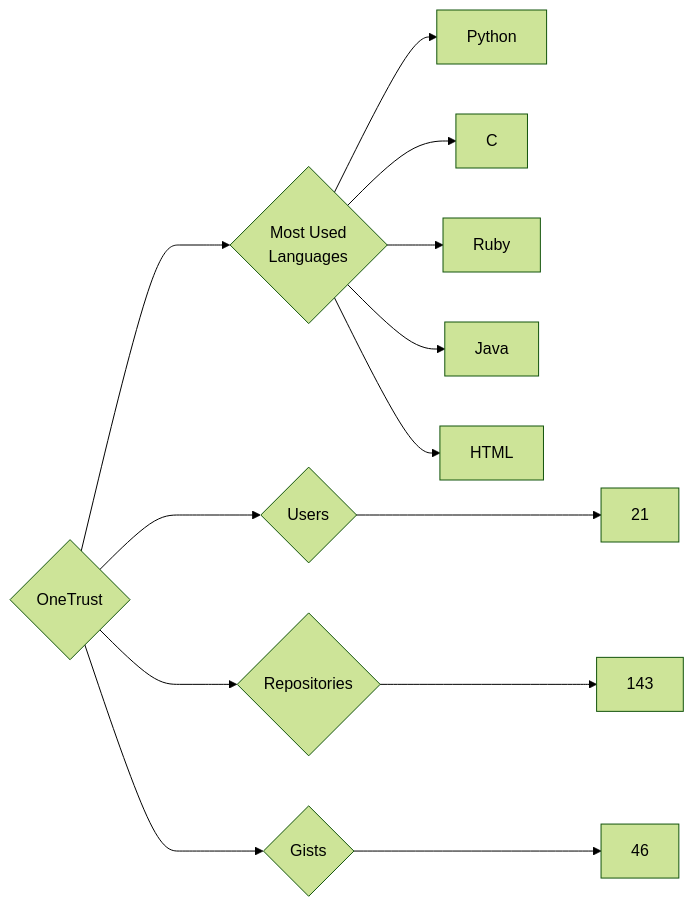
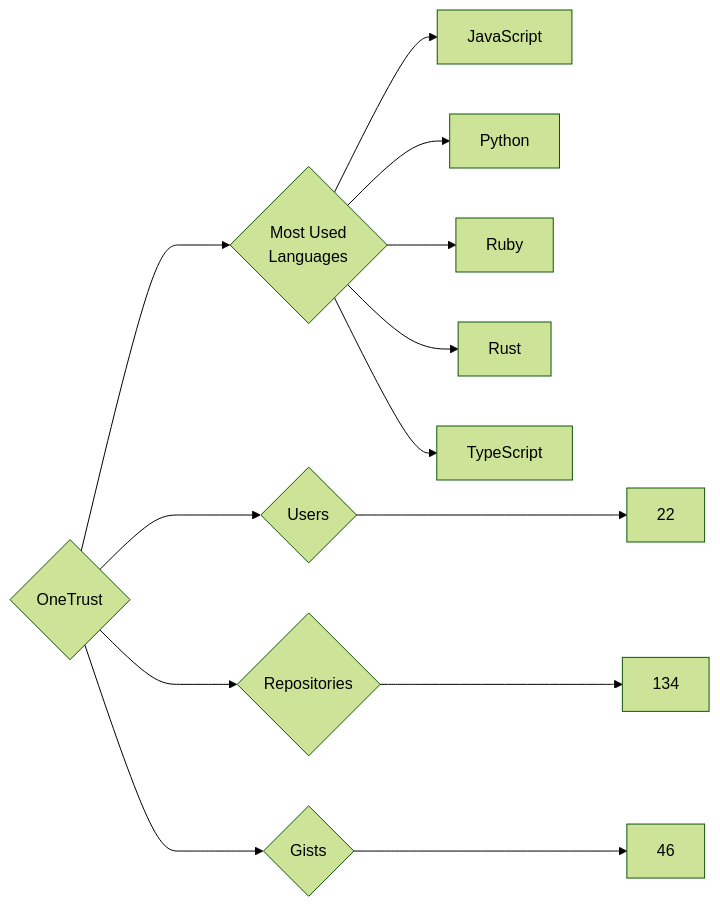
The diagram in targets/OneTrust/README.md (trickest/insiders), drawn with Mermaid (forest theme) before and after one commit. The commit also changed 799 other files, not shown here.

````diff
--- a/targets/OneTrust/README.md
+++ b/targets/OneTrust/README.md
@@ -3,13 +3,13 @@
 ```mermaid
 graph LR
 COMPANY_NAME{OneTrust}
-COMPANY_NAME ---> U{Users} ---> UN[21]
-COMPANY_NAME ---> R{Repositories} ---> RN[143]
+COMPANY_NAME ---> U{Users} ---> UN[22]
+COMPANY_NAME ---> R{Repositories} ---> RN[134]
 COMPANY_NAME ---> G{Gists} ---> GN[46]
 COMPANY_NAME ---> ML{Most Used<br>Languages}
+ML --> JavaScript[JavaScript]
 ML --> Python[Python]
-ML --> C[C]
 ML --> Ruby[Ruby]
-ML --> Java[Java]
-ML --> HTML[HTML]
+ML --> Rust[Rust]
+ML --> TypeScript[TypeScript]
 ```
````
